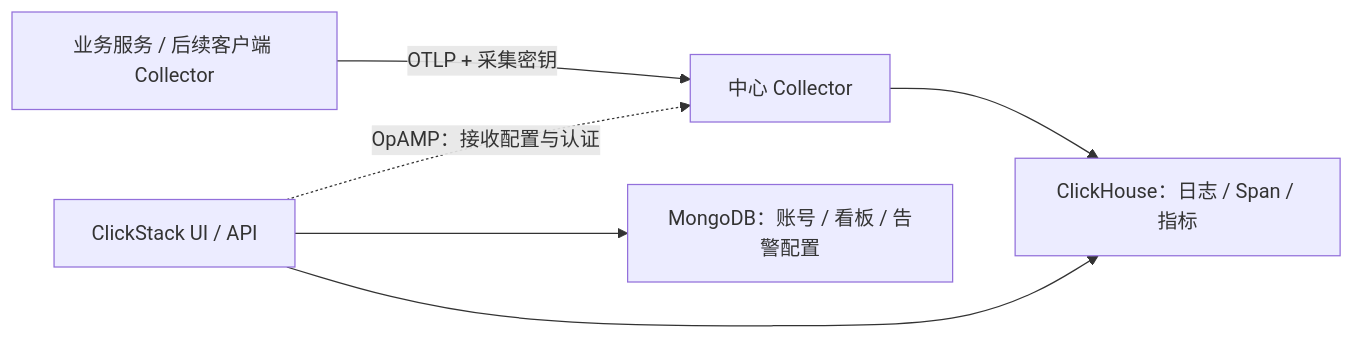
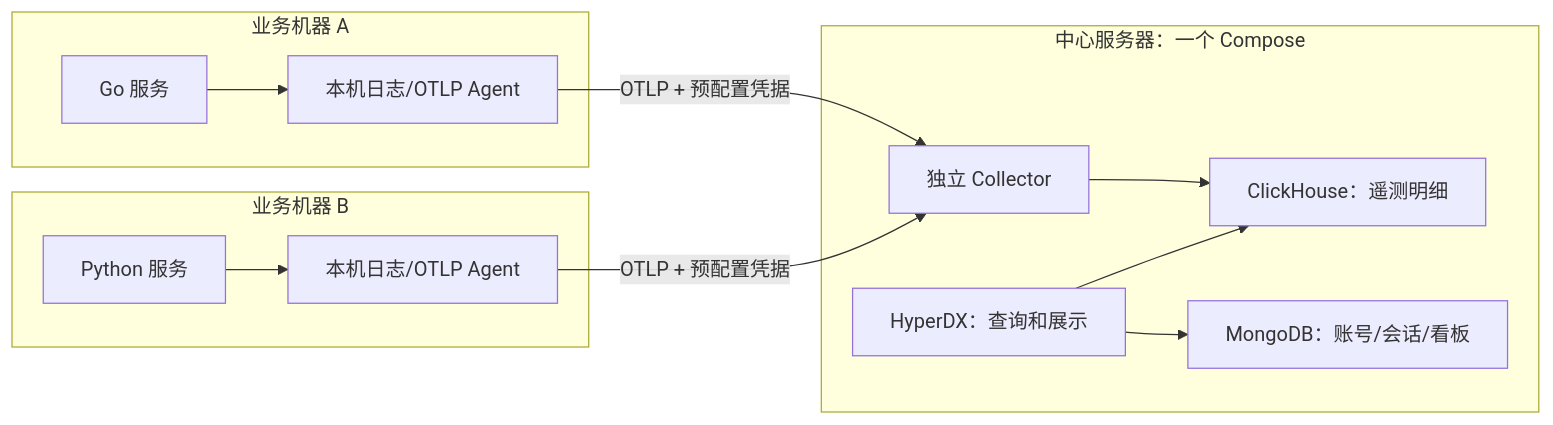
Before and after one commit to icecream154/observability-infra: the diagram in README.md, drawn with Mermaid. The commit also changed other lines of this file and 11 other files, not shown here.

````diff
--- a/README.md
+++ b/README.md
@@ -49,8 +11,16 @@
 ```mermaid
 flowchart LR
-    A["业务服务 / 后续客户端 Collector"] -->|"OTLP + 采集密钥"| B["中心 Collector"]
-    B --> C["ClickHouse：日志 / Span / 指标"]
-    D["ClickStack UI / API"] --> C
-    D --> E["MongoDB：账号 / 看板 / 告警配置"]
-    D -. "OpAMP：接收配置与认证" .-> B
+    subgraph A[业务机器 A]
+        Go[Go 服务] --> AgentA[本机日志/OTLP Agent]
+    end
+    subgraph B[业务机器 B]
+        Python[Python 服务] --> AgentB[本机日志/OTLP Agent]
+    end
+    subgraph C[中心服务器：一个 Compose]
+        Collector[独立 Collector] --> CH[ClickHouse：遥测明细]
+        UI[HyperDX：查询和展示] --> CH
+        UI --> Mongo[MongoDB：账号/会话/看板]
+    end
+    AgentA -->|OTLP + 预配置凭据| Collector
+    AgentB -->|OTLP + 预配置凭据| Collector
 ```
````
